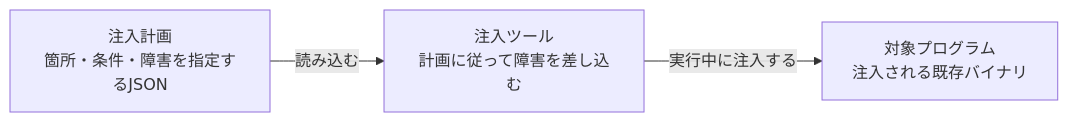
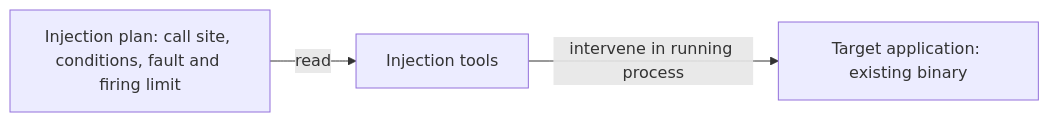
The first of 2 diagrams in CORE_FILE_INJECTION.md (synthaicode/DotNet-Fault-Injection-Agent), drawn with Mermaid before and after one commit. The commit also changed other lines of this file and 46 other files, not shown here.

````diff
--- a/CORE_FILE_INJECTION.md
+++ b/CORE_FILE_INJECTION.md
@@ -5,9 +5,5 @@
 ```mermaid
 flowchart LR
-    P["注入計画<br/>箇所・条件・障害を指定するJSON"]
-    T["注入ツール<br/>計画に従って障害を差し込む"]
-    A["対象プログラム<br/>注入される既存バイナリ"]
-
-    P -->|読み込む| T
-    T -->|実行中に注入する| A
+ P["Injection plan: call site, conditions, fault and firing limit"] -->|read| T["Injection tools"]
+ T -->|intervene in running process| A["Target application: existing binary"]
 ```
````
